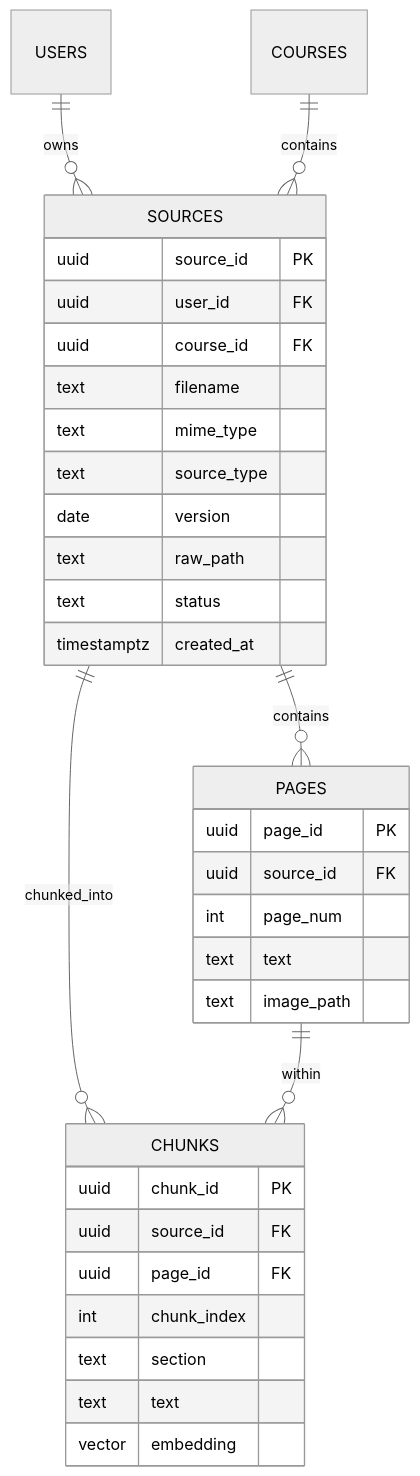
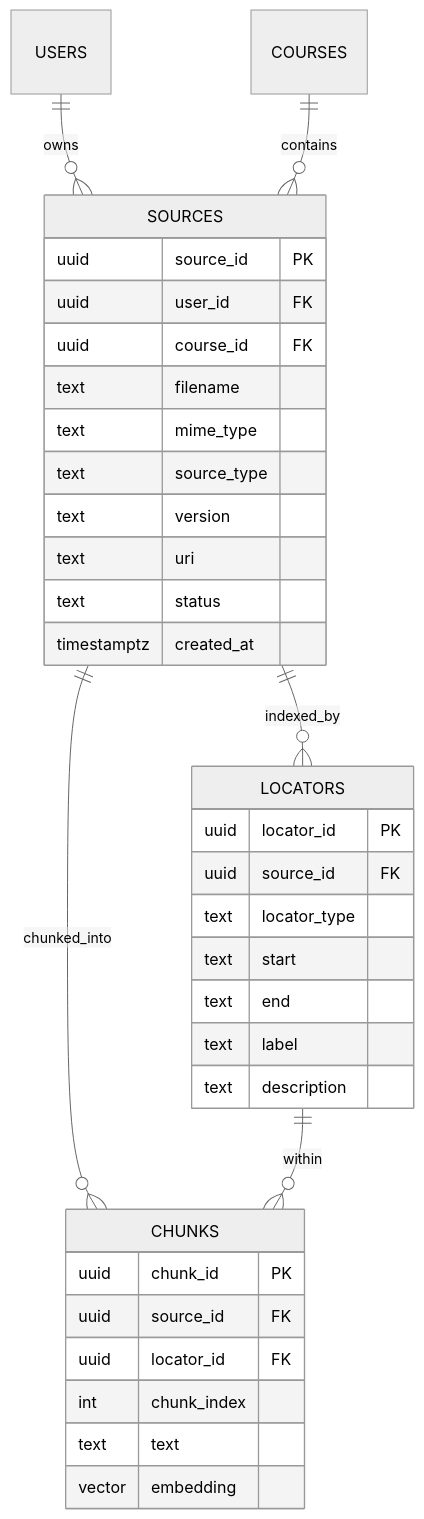
One commit to RileyK05/Stacks changed the ninth of 18 diagrams in system.md. Above: the diagram before and after it, drawn with Mermaid (neutral theme). The commit also changed other lines of this file and 13 other files, not shown here.

Commit message:
schema additions

````diff
--- a/system.md
+++ b/system.md
@@ -244,37 +258,38 @@
 ```mermaid
 erDiagram
     USERS ||--o{ SOURCES : owns
     COURSES ||--o{ SOURCES : contains
-    SOURCES ||--o{ PAGES : contains
+    SOURCES ||--o{ LOCATORS : indexed_by
     SOURCES ||--o{ CHUNKS : chunked_into
-    PAGES ||--o{ CHUNKS : within
+    LOCATORS ||--o{ CHUNKS : within
 
     SOURCES {
         uuid source_id PK
         uuid user_id FK
         uuid course_id FK
         text filename
         text mime_type
         text source_type
-        date version
-        text raw_path
+        text version
+        text uri
         text status
         timestamptz created_at
     }
-    PAGES {
-        uuid page_id PK
+    LOCATORS {
+        uuid locator_id PK
         uuid source_id FK
-        int page_num
-        text text
-        text image_path
+        text locator_type
+        text start
+        text end
+        text label
+        text description
     }
     CHUNKS {
         uuid chunk_id PK
         uuid source_id FK
-        uuid page_id FK
+        uuid locator_id FK
         int chunk_index
-        text section
         text text
         vector embedding
     }
 ```
````
